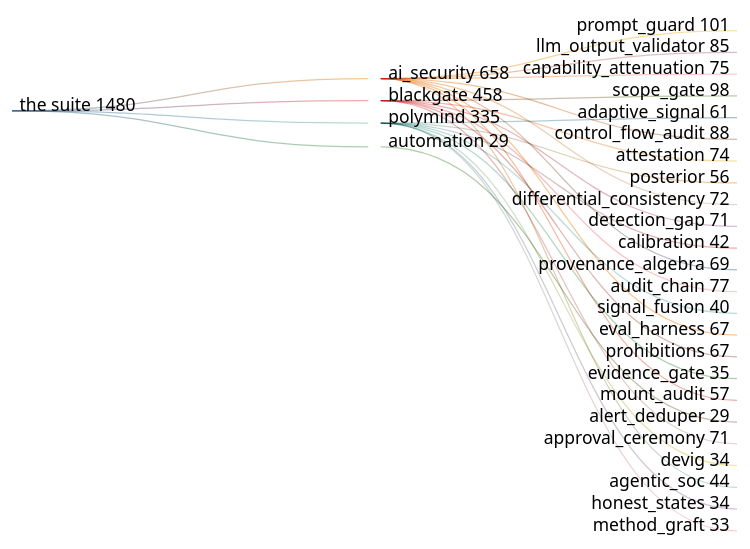
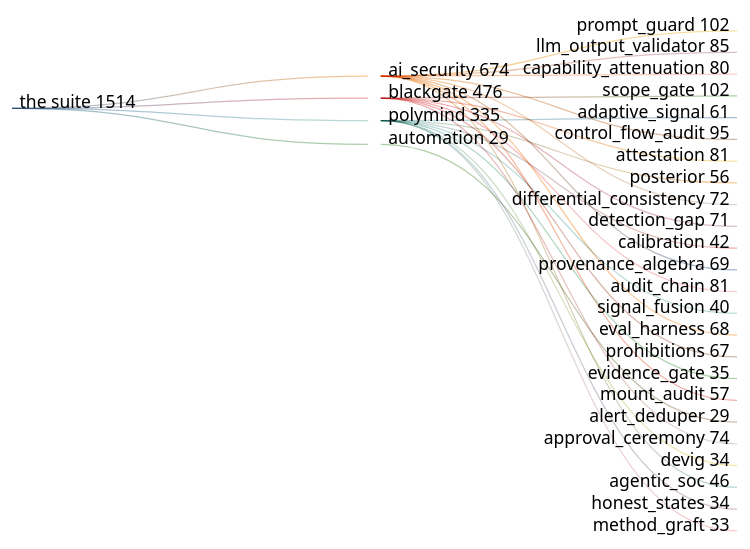
One commit to greeklinux/Showcase changed the third of 5 diagrams in README.md. Above: the diagram before and after it, drawn with Mermaid (forest theme). The commit also changed other lines of this file and 26 other files, not shown here.

Commit message:
Strengthen security control contracts and regression coverage

````diff
--- a/README.md
+++ b/README.md
@@ -354,32 +354,32 @@
 ```mermaid
 sankey-beta
 
-the suite,ai_security,658
-the suite,blackgate,458
+the suite,ai_security,674
+the suite,blackgate,476
 the suite,polymind,335
 the suite,automation,29
-ai_security,prompt_guard,101
+ai_security,prompt_guard,102
 ai_security,llm_output_validator,85
-ai_security,capability_attenuation,75
-ai_security,control_flow_audit,88
+ai_security,capability_attenuation,80
+ai_security,control_flow_audit,95
 ai_security,differential_consistency,72
 ai_security,provenance_algebra,69
-ai_security,eval_harness,67
+ai_security,eval_harness,68
 ai_security,mount_audit,57
-ai_security,agentic_soc,44
-blackgate,scope_gate,98
-blackgate,attestation,74
+ai_security,agentic_soc,46
+blackgate,scope_gate,102
+blackgate,attestation,81
 blackgate,detection_gap,71
-blackgate,audit_chain,77
+blackgate,audit_chain,81
 blackgate,prohibitions,67
-blackgate,approval_ceremony,71
+blackgate,approval_ceremony,74
 polymind,adaptive_signal,61
 polymind,posterior,56
 polymind,calibration,42
 polymind,signal_fusion,40
 polymind,evidence_gate,35
 polymind,devig,34
 polymind,honest_states,34
 polymind,method_graft,33
 automation,alert_deduper,29
 ```
````
